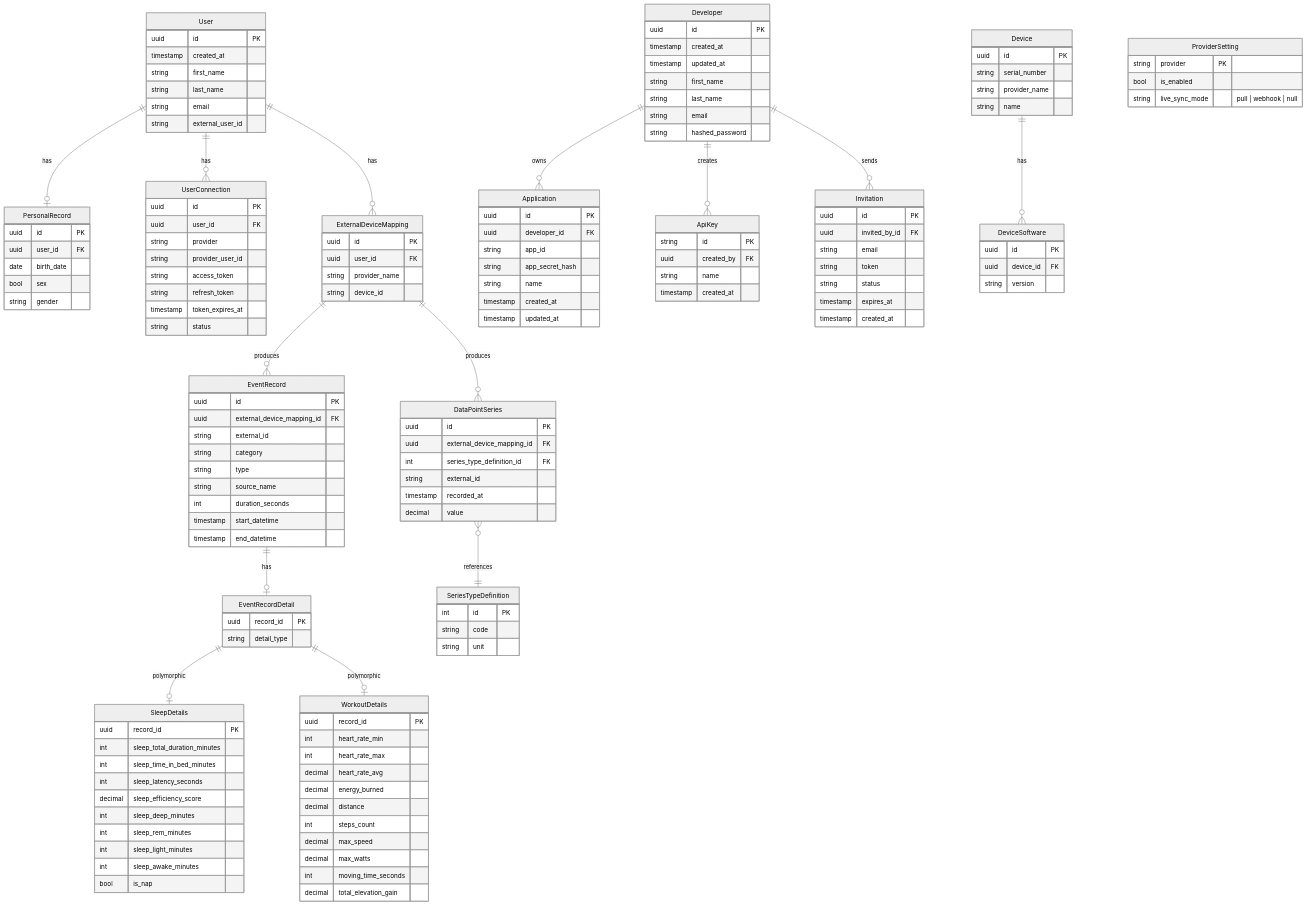
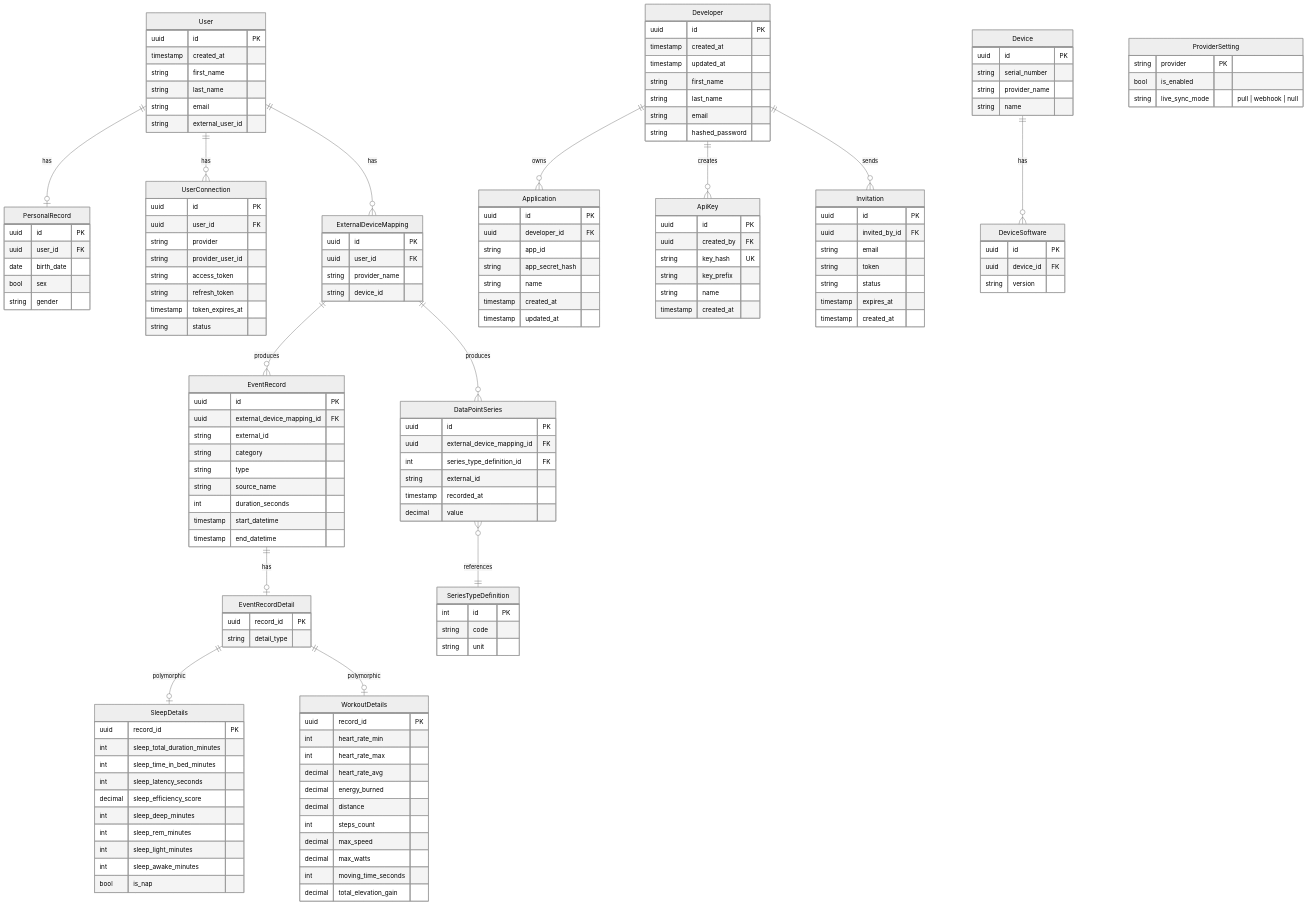
One commit to frontbacklabs/open-wearables changed the diagram in docs/architecture/unified-data-model.mdx. Above: the diagram before and after it, drawn with Mermaid (neutral theme). The commit also changed 445 other files, not shown here.

```diff
--- a/docs/architecture/unified-data-model.mdx
+++ b/docs/architecture/unified-data-model.mdx
@@ -187,8 +187,10 @@
     }
     
     ApiKey {
-        string id PK
+        uuid id PK
         uuid created_by FK
+        string key_hash UK
+        string key_prefix
         string name
         timestamp created_at
     }
```
